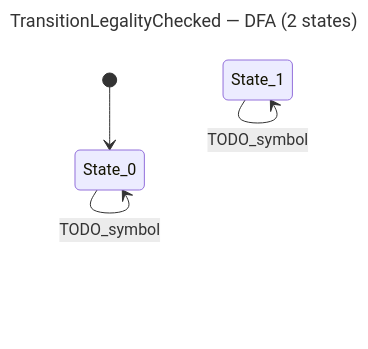
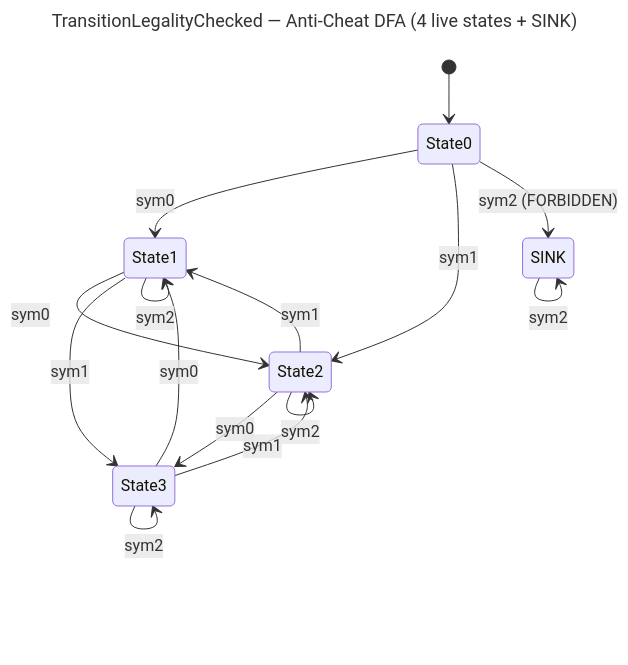
Before and after one commit to seanchatmangpt/bcinr: the diagram in crates/wasm4games/docs/patterns/transition_legality_checked.md, drawn with Mermaid. The commit also changed other lines of this file and 9 other files, not shown here.

````diff
--- a/crates/wasm4games/docs/patterns/transition_legality_checked.md
+++ b/crates/wasm4games/docs/patterns/transition_legality_checked.md
@@ -56,11 +42,22 @@
 ```mermaid
 ---
-title: TransitionLegalityChecked — DFA (2 states)
+title: TransitionLegalityChecked — Anti-Cheat DFA (4 live states + SINK)
 ---
 stateDiagram-v2
-    [*] --> S0
-    S0: State_0
-    S1: State_1
-    S0 --> S0 : TODO_symbol
-    S1 --> S1 : TODO_symbol
+    [*] --> State0
+    State0 --> State1 : sym0
+    State0 --> State2 : sym1
+    State0 --> SINK : sym2 (FORBIDDEN)
+    State1 --> State2 : sym0
+    State1 --> State3 : sym1
+    State1 --> State1 : sym2
+    State2 --> State3 : sym0
+    State2 --> State1 : sym1
+    State2 --> State2 : sym2
+    State3 --> State1 : sym0
+    State3 --> State2 : sym1
+    State3 --> State3 : sym2
+    SINK --> SINK : sym0
+    SINK --> SINK : sym1
+    SINK --> SINK : sym2
 ```
````
